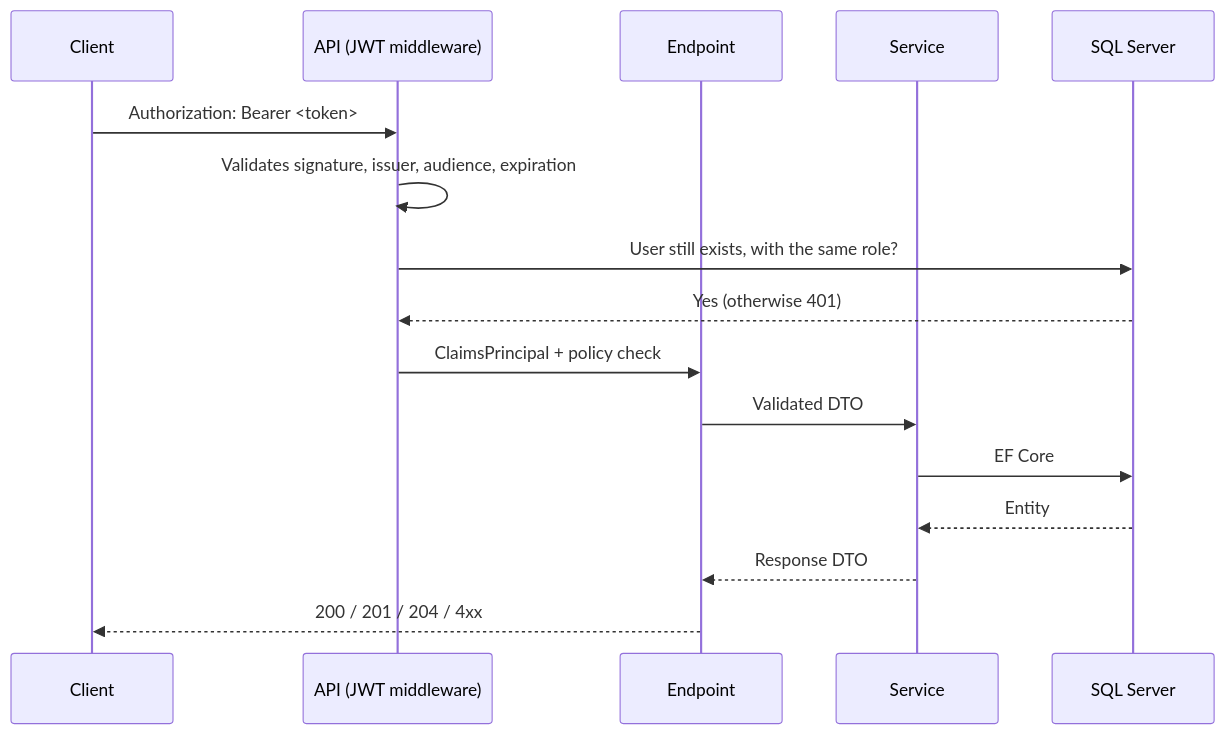
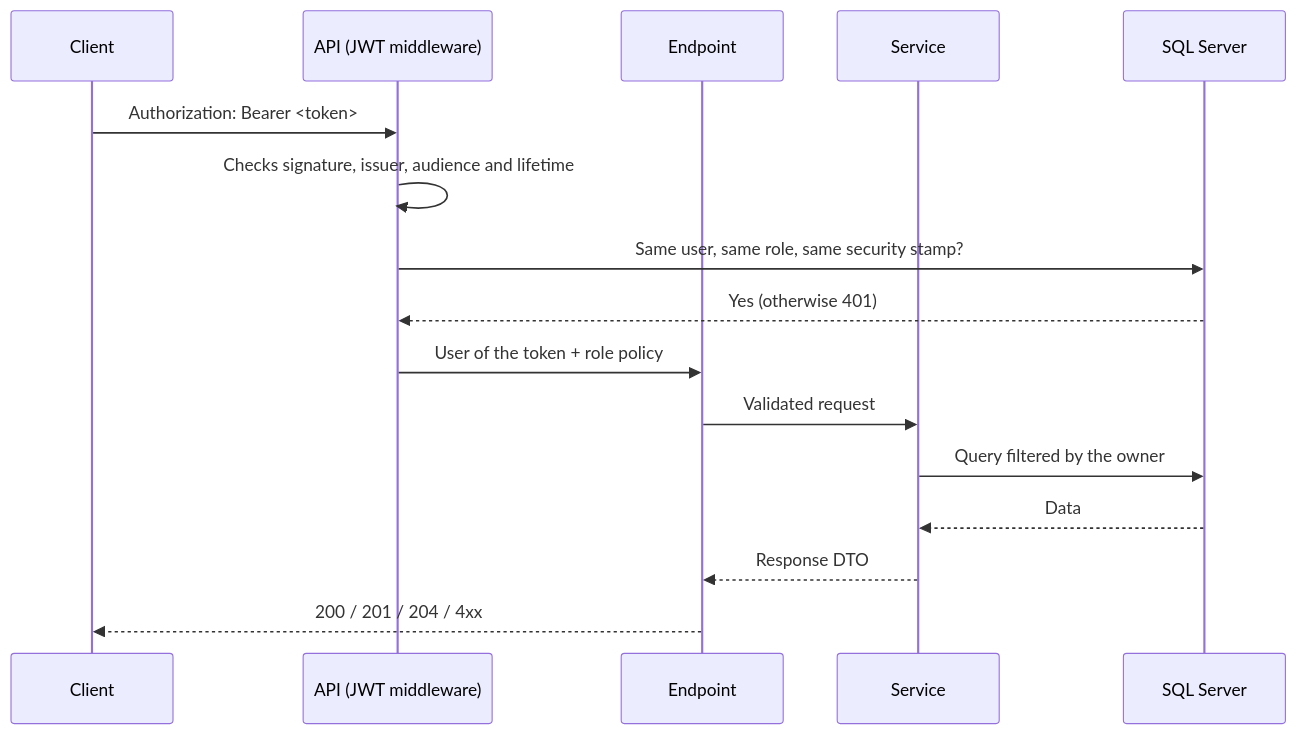
One commit to gcarvalhomain/Authdoc changed the diagram in README.md. Above: the diagram before and after it, drawn with Mermaid. The commit also changed other lines of this file, not shown here.

````diff
--- a/README.md
+++ b/README.md
@@ -121,19 +61,19 @@
 ```mermaid
 sequenceDiagram
     participant C as Client
     participant A as API (JWT middleware)
     participant E as Endpoint
     participant S as Service
     participant D as SQL Server
 
     C->>A: Authorization: Bearer <token>
-    A->>A: Validates signature, issuer, audience, expiration
-    A->>D: User still exists, with the same role?
+    A->>A: Checks signature, issuer, audience and lifetime
+    A->>D: Same user, same role, same security stamp?
     D-->>A: Yes (otherwise 401)
-    A->>E: ClaimsPrincipal + policy check
-    E->>S: Validated DTO
-    S->>D: EF Core
-    D-->>S: Entity
+    A->>E: User of the token + role policy
+    E->>S: Validated request
+    S->>D: Query filtered by the owner
+    D-->>S: Data
     S-->>E: Response DTO
     E-->>C: 200 / 201 / 204 / 4xx
 ```
````
